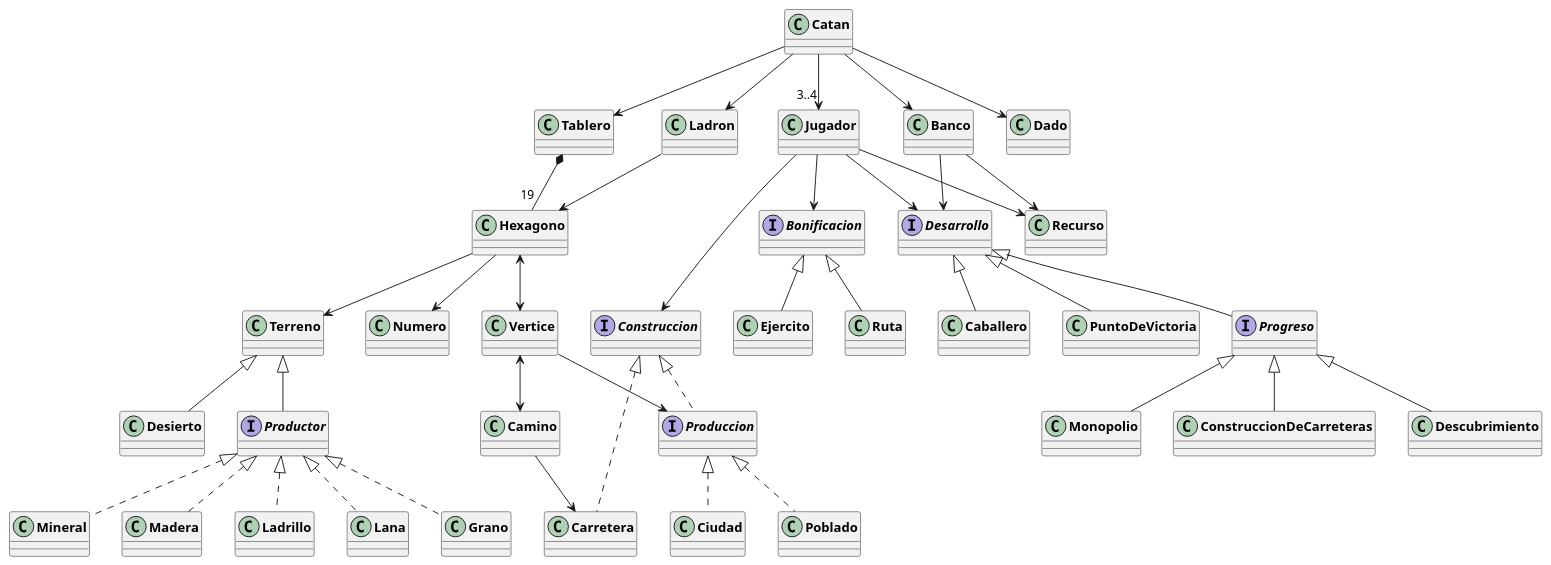
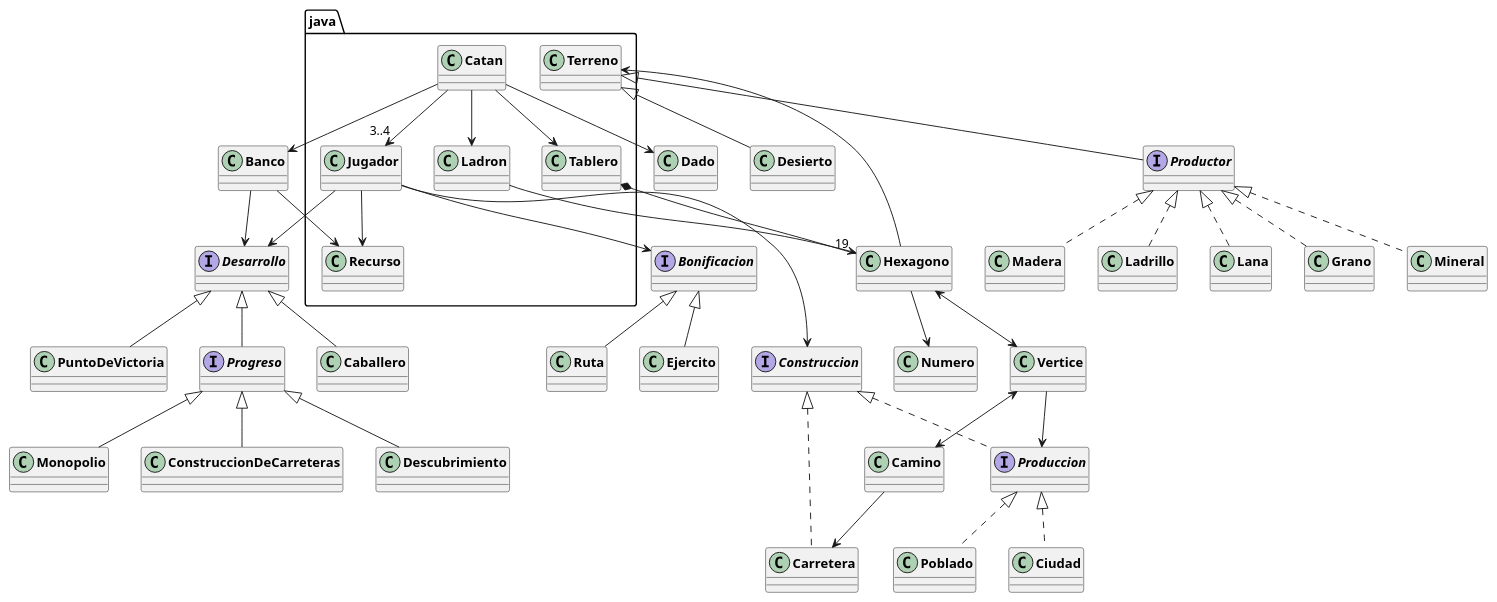
One commit to FGazcon/TP2_Paradigmas_2025_2C changed the diagram in diagramas/diagrama_de_clases_extendido.puml. Above: the diagram before and after it, drawn with PlantUML. The commit also changed 321 other files, not shown here.

```diff
--- a/diagramas/diagrama_de_clases_extendido.puml
+++ b/diagramas/diagrama_de_clases_extendido.puml
@@ -1,92 +1,92 @@
 @startuml Diagrama De CLASES
 
 skinparam classAttributeIconSize 0
 skinparam classFontStyle bold
 
 ' ======================
 ' CLASES DEL MODELO
 ' ======================
 
-class Ladron
-class Catan
-class Tablero
-class Jugador
+class java.Ladron
+class java.Catan
+class java.Tablero
+class java.Jugador
 class Banco
 class Dado
 class Hexagono
-class Terreno
+class java.Terreno
 class Desierto
 interface Productor
 class Numero
 class Vertice
 class Camino
 interface Produccion
 class Carretera
 class Poblado
 interface Bonificacion
 class Ciudad
 interface Construccion
-class Recurso
+class java.Recurso
 interface Desarrollo
 class Caballero
 class PuntoDeVictoria
 interface Progreso
 class Monopolio
 class ConstruccionDeCarreteras
 class Descubrimiento
 
 
-Catan --> Ladron
-Catan --> Tablero
-Catan --> "3..4" Jugador
-Catan --> Dado
-Catan --> Banco
+java.Catan --> java.Ladron
+java.Catan --> java.Tablero
+java.Catan --> "3..4" java.Jugador
+java.Catan --> Dado
+java.Catan --> Banco
 
-Tablero *-- "19" Hexagono
+java.Tablero *-- "19" Hexagono
 
-Hexagono --> Terreno
+Hexagono --> java.Terreno
 Hexagono --> Numero
 
-Terreno <|-- Productor
-Terreno <|-- Desierto
+java.Terreno <|-- Productor
+java.Terreno <|-- Desierto
 
-Ladron --> Hexagono
+java.Ladron --> Hexagono
 
 Construccion <|.. Produccion
 Construccion <|.. Carretera
 
 Produccion <|.. Poblado
 Produccion <|.. Ciudad
 
 Hexagono <--> Vertice
 
-Jugador --> Recurso
-Jugador --> Desarrollo
-Jugador --> Construccion
-Jugador --> Bonificacion
+java.Jugador --> java.Recurso
+java.Jugador --> Desarrollo
+java.Jugador --> Construccion
+java.Jugador --> Bonificacion
 
 Bonificacion <|-- Ejercito
 Bonificacion <|-- Ruta
 
 Desarrollo <|-- Caballero
 Desarrollo <|-- PuntoDeVictoria
 Desarrollo <|-- Progreso
 Progreso <|-- Monopolio
 Progreso <|-- ConstruccionDeCarreteras
 Progreso <|-- Descubrimiento
 
 Vertice --> Produccion
 Vertice <--> Camino
 
 Camino --> Carretera
 
 Banco --> Desarrollo
-Banco --> Recurso
+Banco --> java.Recurso
 
 Productor <|.. Madera
 Productor <|.. Ladrillo
 Productor <|.. Lana
 Productor <|.. Grano
 Productor <|.. Mineral
 
 @enduml
```
